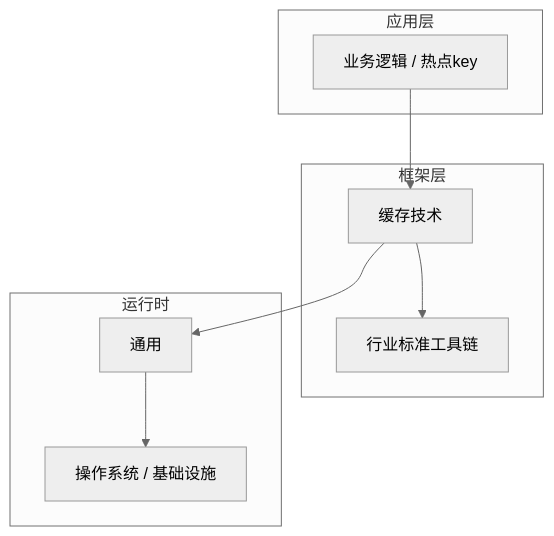
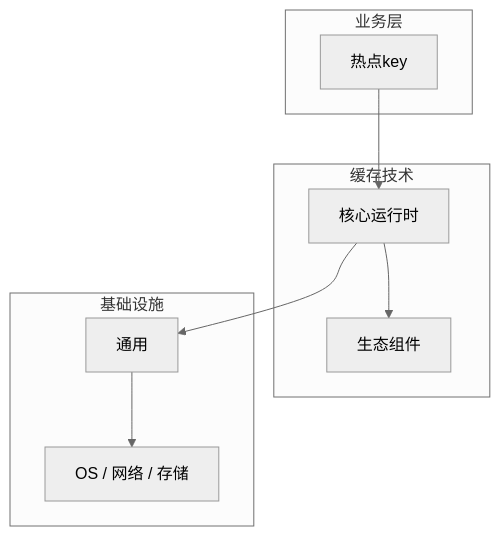
The diagram in articles/缓存技术/chapters/061-热点key核心概念与原理.md (yanggan2015/knowledge-json-v2), drawn with Mermaid (neutral theme) before and after one commit. The commit also changed other lines of this file and 10127 other files, not shown here.

````diff
--- a/articles/缓存技术/chapters/061-热点key核心概念与原理.md
+++ b/articles/缓存技术/chapters/061-热点key核心概念与原理.md
@@ -45,18 +34,18 @@
 ```mermaid
 graph TB
-    subgraph 应用层
-        A[业务逻辑 / 热点key]
+    subgraph 业务层
+        A[热点key]
     end
-    subgraph 框架层
-        B[缓存技术]
-        C[行业标准工具链]
+    subgraph 缓存技术
+        B[核心运行时]
+        C[生态组件]
     end
-    subgraph 运行时
+    subgraph 基础设施
         D[通用]
-        E[操作系统 / 基础设施]
+        E[OS / 网络 / 存储]
     end
     A --> B
     B --> C
     B --> D
     D --> E
 ```
````
